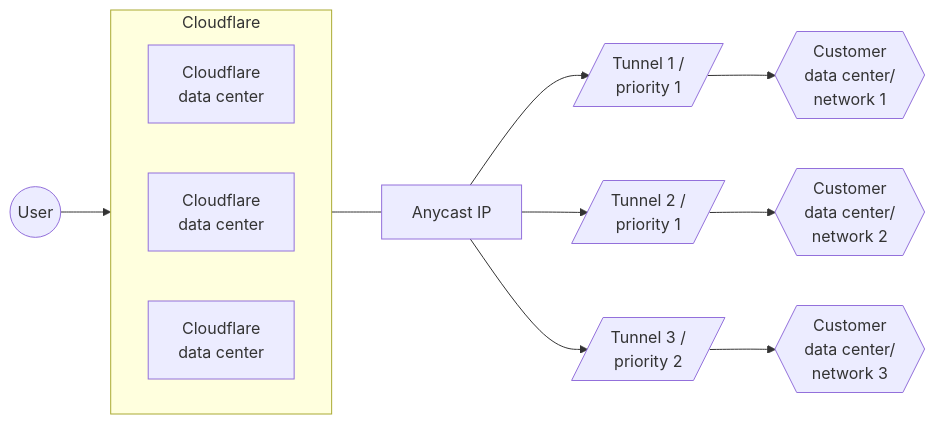
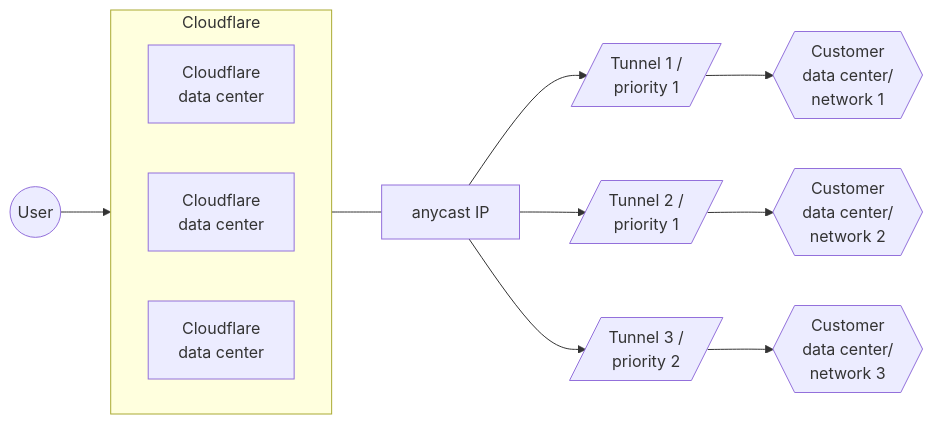
Before and after one commit to cloudflare/cloudflare-docs: the first of 4 diagrams in content/magic-transit/_partials/_traffic-steering.md, drawn with Mermaid. The commit also changed other lines of this file and 13 other files, not shown here.

````diff
--- a/content/magic-transit/_partials/_traffic-steering.md
+++ b/content/magic-transit/_partials/_traffic-steering.md
@@ -17,17 +17,17 @@
 ```mermaid
 flowchart LR
 accTitle: Tunnels diagram
 accDescr: The example in this diagram has three tunnel routes. Tunnels 1 and 2 have top priority and Tunnel 3 is secondary.
 
 subgraph Cloudflare
 direction LR
 B[Cloudflare <br> data center]
 C[Cloudflare <br> data center]
 D[Cloudflare <br> data center]
 end
 
-A((User)) --> Cloudflare --- E[Anycast IP]
-E[Anycast IP] --> F[/Tunnel 1 / <br> priority 1/] --> I{{Customer <br> data center/ <br> network 1}}
-E[Anycast IP] --> G[/Tunnel 2 / <br> priority 1/] --> J{{Customer <br> data center/ <br> network 2}}
-E[Anycast IP] --> H[/Tunnel 3 / <br> priority 2/] --> K{{Customer <br> data center/ <br> network 3}}
+A((User)) --> Cloudflare --- E[anycast IP]
+E[anycast IP] --> F[/Tunnel 1 / <br> priority 1/] --> I{{Customer <br> data center/ <br> network 1}}
+E[anycast IP] --> G[/Tunnel 2 / <br> priority 1/] --> J{{Customer <br> data center/ <br> network 2}}
+E[anycast IP] --> H[/Tunnel 3 / <br> priority 2/] --> K{{Customer <br> data center/ <br> network 3}}
 ```
````
